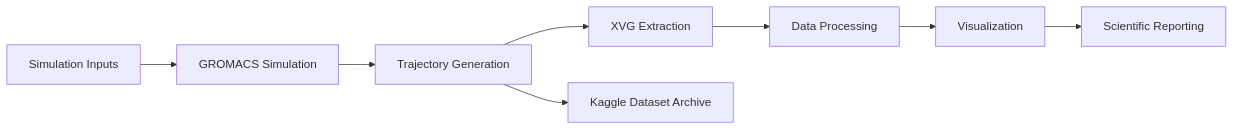
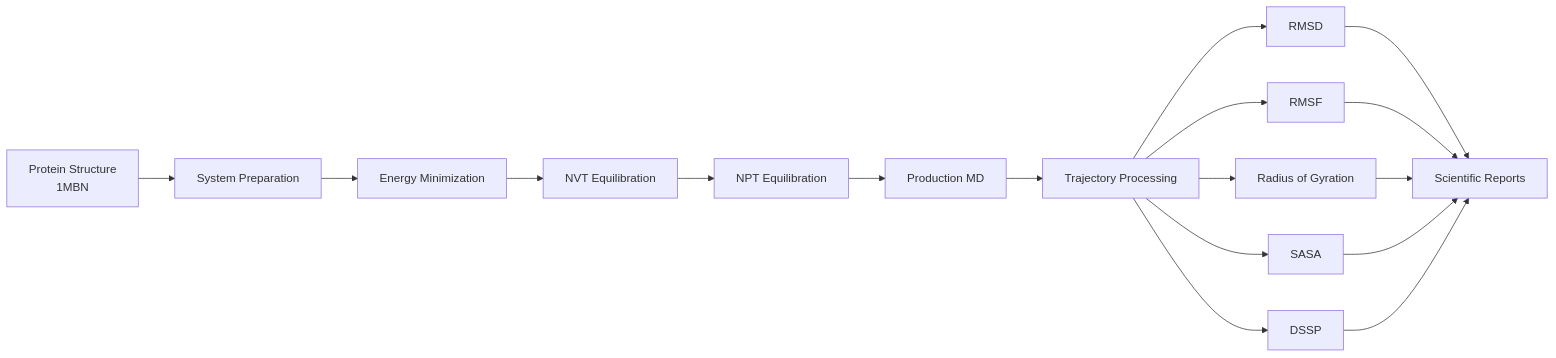
Before and after one commit to wasitkrish/Myoglobin-1MBN-Simulation: the diagram in README.md, drawn with Mermaid. The commit also changed other lines of this file, not shown here.

````diff
--- a/README.md
+++ b/README.md
@@ -76,11 +106,35 @@
 ```mermaid
 flowchart LR
-    A[Simulation Inputs] --> B[GROMACS Simulation]
-    B --> C[Trajectory Generation]
-    C --> D[XVG Extraction]
-    D --> E[Data Processing]
-    E --> F[Visualization]
-    F --> G[Scientific Reporting]
 
-    C --> H[Kaggle Dataset Archive]
+A[Protein Structure<br>1MBN] --> B[System Preparation]
+
+B --> C[Energy Minimization]
+
+C --> D[NVT Equilibration]
+
+D --> E[NPT Equilibration]
+
+E --> F[Production MD]
+
+F --> G[Trajectory Processing]
+
+G --> H[RMSD]
+
+G --> I[RMSF]
+
+G --> J[Radius of Gyration]
+
+G --> K[SASA]
+
+G --> L[DSSP]
+
+H --> M[Scientific Reports]
+
+I --> M
+
+J --> M
+
+K --> M
+
+L --> M
 ```
````
